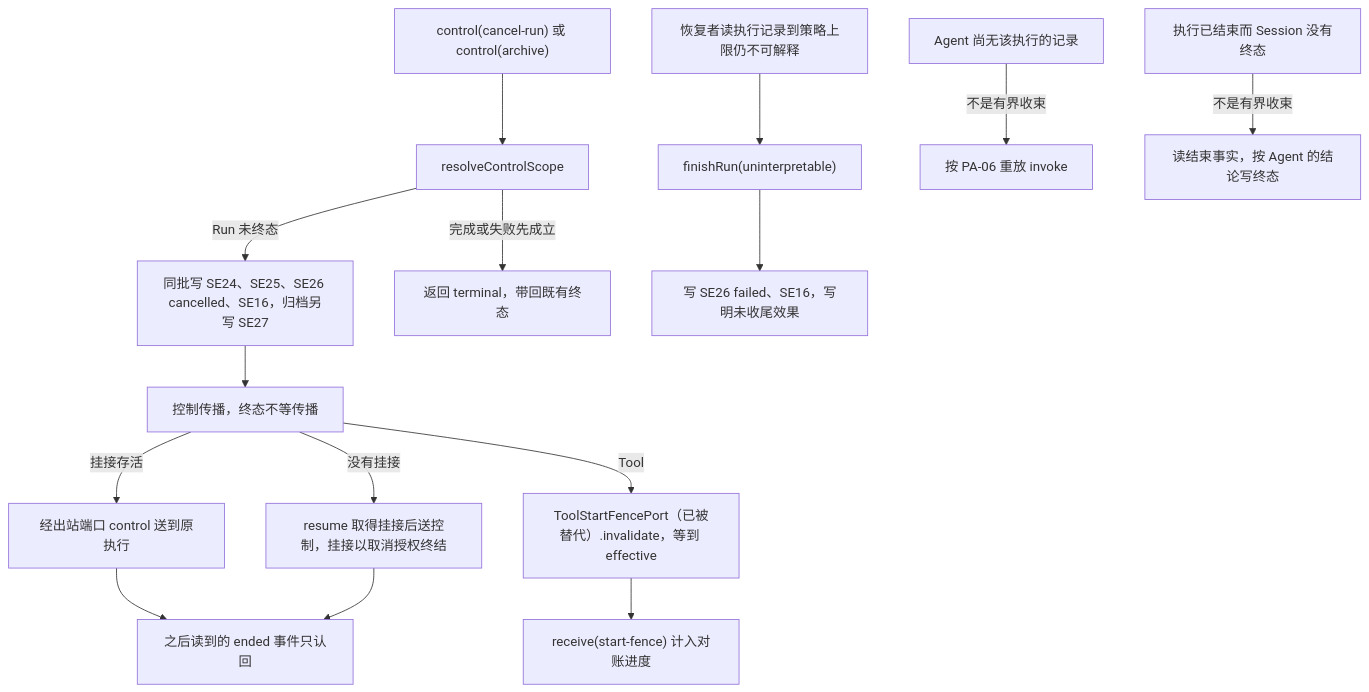
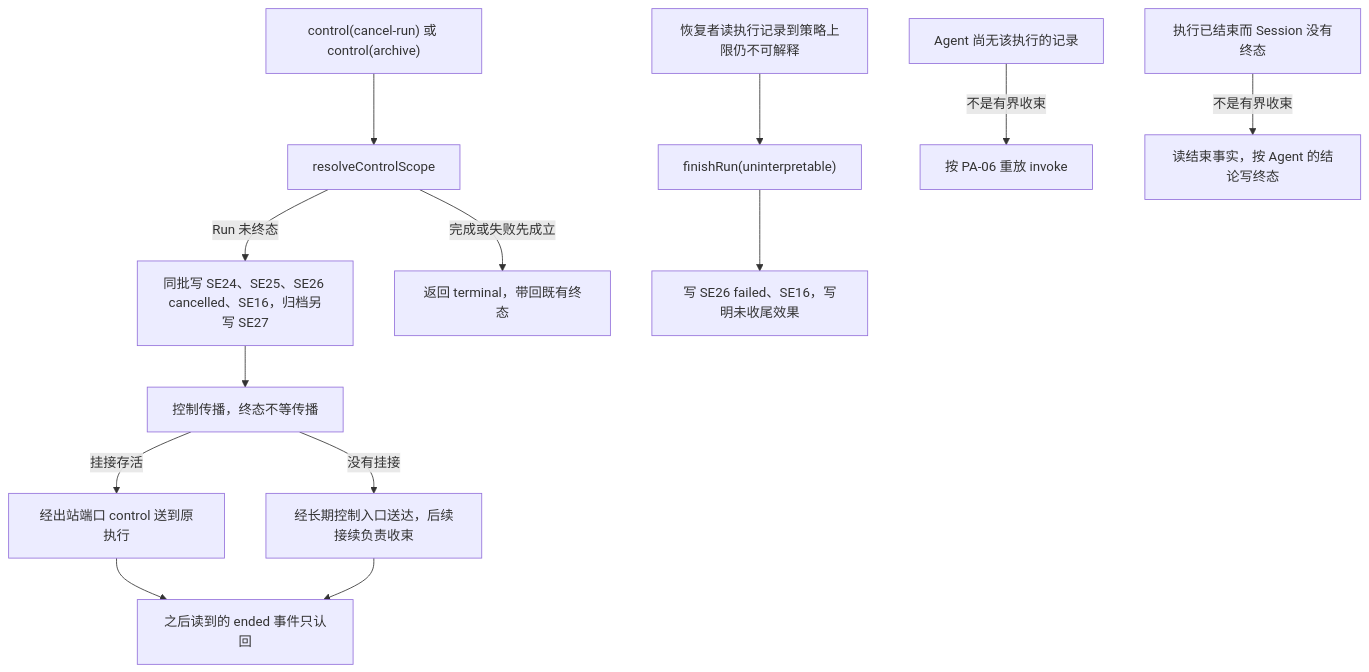
One commit to nemori-ai/omne-harness-lite changed the seventh of 15 diagrams in packages/session/session-contract/docs/flows/scenarios.md. Above: the diagram before and after it, drawn with Mermaid. The commit also changed other lines of this file and 44 other files, not shown here.

````diff
--- a/packages/session/session-contract/docs/flows/scenarios.md
+++ b/packages/session/session-contract/docs/flows/scenarios.md
@@ -368,17 +332,15 @@
 ```mermaid
 flowchart TD
     C["control(cancel-run) 或 control(archive)"] --> R["resolveControlScope"]
     R -->|Run 未终态| W["同批写 SE24、SE25、SE26 cancelled、SE16，归档另写 SE27"]
     R -->|完成或失败先成立| T["返回 terminal，带回既有终态"]
     W --> P["控制传播，终态不等传播"]
     P -->|挂接存活| P1["经出站端口 control 送到原执行"]
-    P -->|没有挂接| P2["resume 取得挂接后送控制，挂接以取消授权终结"]
-    P -->|Tool| P3["ToolStartFencePort（已被替代）.invalidate，等到 effective"]
+    P -->|没有挂接| P2["经长期控制入口送达，后续接续负责收束"]
     P1 --> E["之后读到的 ended 事件只认回"]
     P2 --> E
-    P3 --> Q["receive(start-fence) 计入对账进度"]
     B["恢复者读执行记录到策略上限仍不可解释"] --> F["finishRun(uninterpretable)"]
     F --> G["写 SE26 failed、SE16，写明未收尾效果"]
     N["Agent 尚无该执行的记录"] -->|不是有界收束| M["按 PA-06 重放 invoke"]
     X["执行已结束而 Session 没有终态"] -->|不是有界收束| Y["读结束事实，按 Agent 的结论写终态"]
 ```
````
